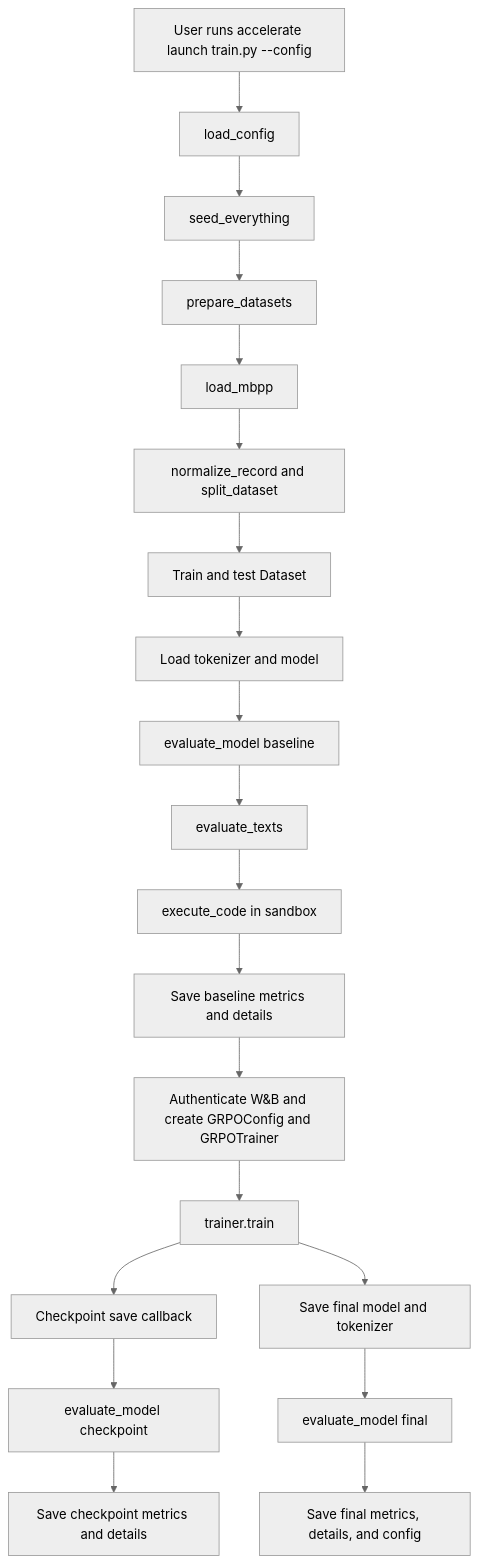
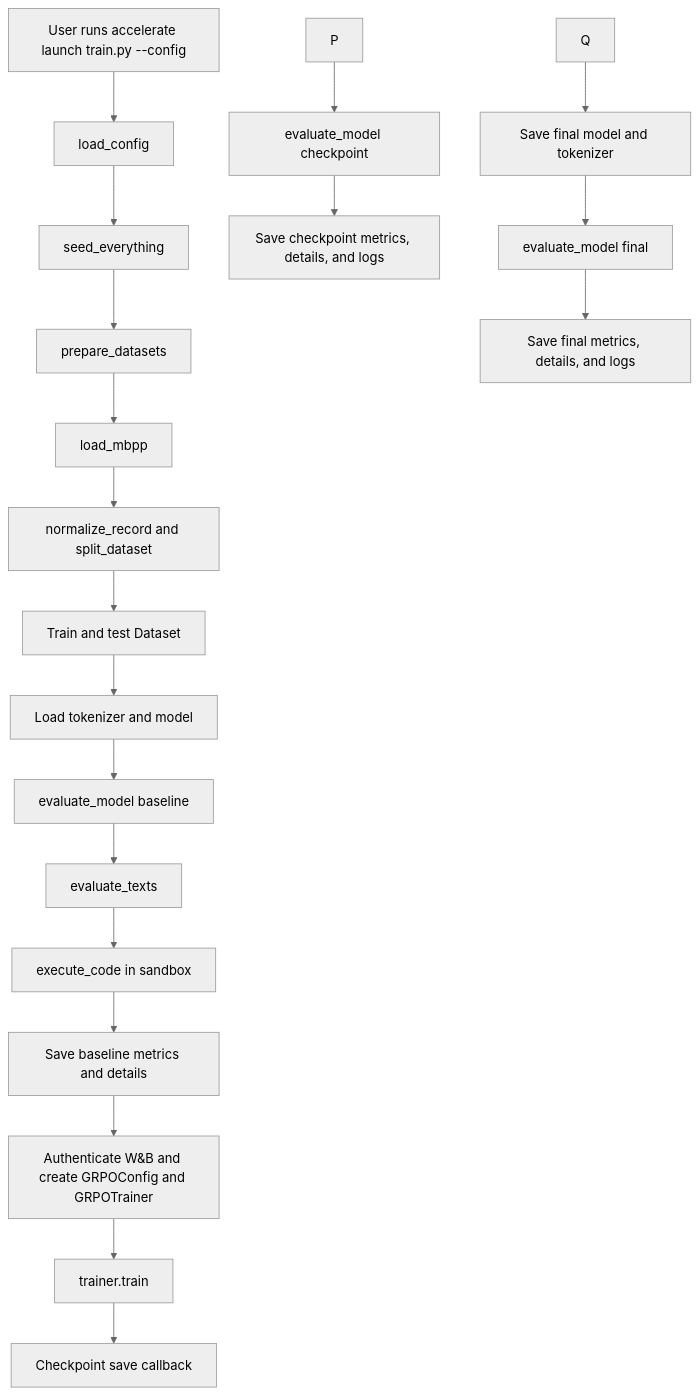
Before and after one commit to kunal-sinha-coding/post-training: the diagram in README.md, drawn with Mermaid (neutral theme). The commit also changed other lines of this file and 5 other files, not shown here.

````diff
--- a/README.md
+++ b/README.md
@@ -32,22 +34,22 @@
 ```mermaid
 flowchart TD
     A[User runs accelerate launch train.py --config] --> B[load_config]
     B --> C[seed_everything]
     C --> D[prepare_datasets]
     D --> E[load_mbpp]
     E --> F[normalize_record and split_dataset]
     F --> G[Train and test Dataset]
     G --> H[Load tokenizer and model]
     H --> I[evaluate_model baseline]
     I --> J[evaluate_texts]
     J --> K[execute_code in sandbox]
     K --> L[Save baseline metrics and details]
     L --> M[Authenticate W&B and create GRPOConfig and GRPOTrainer]
     M --> N[trainer.train]
     N --> O[Checkpoint save callback]
-    O --> I2[evaluate_model checkpoint]
-    I2 --> P[Save checkpoint metrics and details]
-    N --> Q[Save final model and tokenizer]
-    Q --> R[evaluate_model final]
-    R --> S[Save final metrics, details, and config]
+    P --> I2[evaluate_model checkpoint]
+    I2 --> R2[Save checkpoint metrics, details, and logs]
+    Q --> S[Save final model and tokenizer]
+    S --> R[evaluate_model final]
+    R --> T[Save final metrics, details, and logs]
 ```
````
